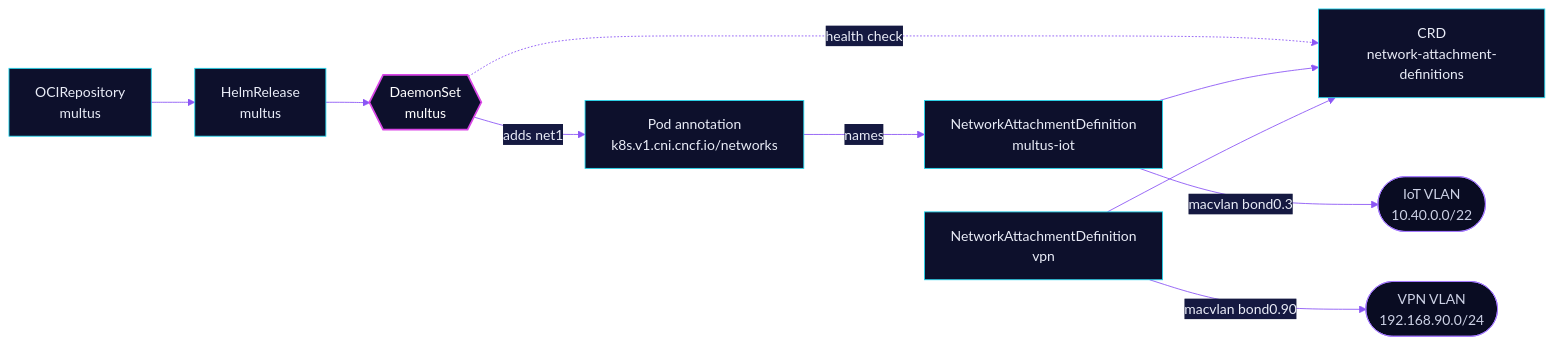
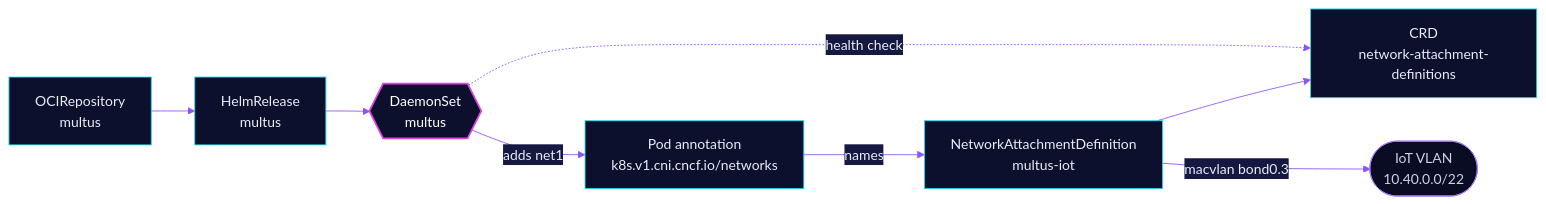
Before and after one commit to skrumbach/home-ops: the diagram in kubernetes/apps/base/kube-system/multus/README.md, drawn with Mermaid. The commit also changed other lines of this file and 31 other files, not shown here.

````diff
--- a/kubernetes/apps/base/kube-system/multus/README.md
+++ b/kubernetes/apps/base/kube-system/multus/README.md
@@ -35,17 +35,15 @@
 ```mermaid
 %%{init: {'theme':'base','themeVariables':{'primaryColor':'#0D102C','primaryTextColor':'#E9ECF7','primaryBorderColor':'#22D8F0','lineColor':'#8B55F5','secondaryColor':'#151941','tertiaryColor':'#090C22','edgeLabelBackground':'#151941'}}}%%
 flowchart LR
   oci["OCIRepository<br/>multus"] --> hr["HelmRelease<br/>multus"]
   hr --> ds{{"DaemonSet<br/>multus"}}
   ds -.->|health check| crd["CRD<br/>network-attachment-definitions"]
   iot["NetworkAttachmentDefinition<br/>multus-iot"] --> crd
-  vpn["NetworkAttachmentDefinition<br/>vpn"] --> crd
   pod["Pod annotation<br/>k8s.v1.cni.cncf.io/networks"] -->|names| iot
   ds -->|adds net1| pod
   iot -->|macvlan bond0.3| lan(["IoT VLAN<br/>10.40.0.0/22"])
-  vpn -->|macvlan bond0.90| vl(["VPN VLAN<br/>192.168.90.0/24"])
   classDef accent fill:#0D102C,stroke:#D946E6,stroke-width:2px,color:#FFFFFF
   classDef ext fill:#090C22,stroke:#A57BFF,color:#CDD2E6
   class ds accent
-  class lan,vl ext
+  class lan ext
 ```
````
